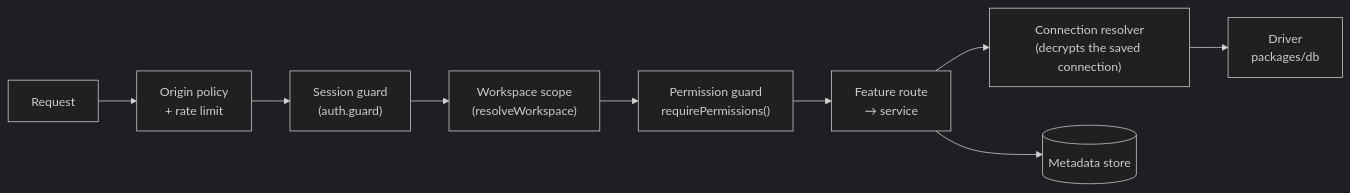
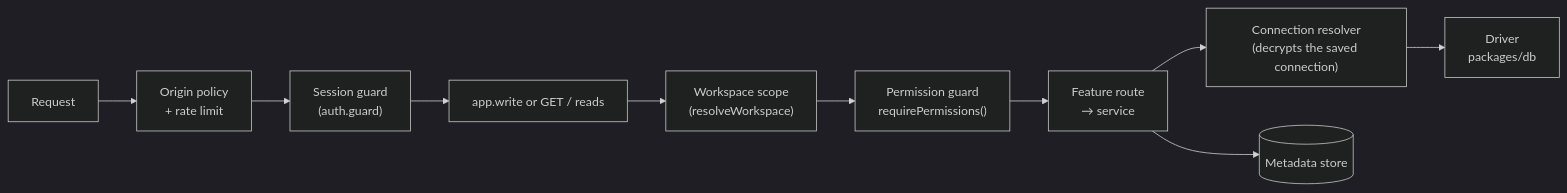
The second of 12 diagrams in docs/FEATURE_MAP.md (tedious-code/foxSchema), drawn with Mermaid (dark theme) before and after one commit. The commit also changed other lines of this file and 7 other files, not shown here.

First line of the commit message:
docs: compare window, app.write, and workspace ceiling

````diff
--- a/docs/FEATURE_MAP.md
+++ b/docs/FEATURE_MAP.md
@@ -61,7 +61,8 @@
 ```mermaid
 flowchart LR
-  R[Request] --> O["Origin policy<br/>+ rate limit"] --> S["Session guard<br/>(auth.guard)"] --> W["Workspace scope<br/>(resolveWorkspace)"]
+  R[Request] --> O["Origin policy<br/>+ rate limit"] --> S["Session guard<br/>(auth.guard)"] --> RO["app.write or GET / reads"]
+  RO --> W["Workspace scope<br/>(resolveWorkspace)"]
   W --> P["Permission guard<br/>requirePermissions()"] --> H["Feature route<br/>→ service"]
   H --> C["Connection resolver<br/>(decrypts the saved connection)"] --> D["Driver<br/>packages/db"]
   H --> M[("Metadata store")]
 ```
````
